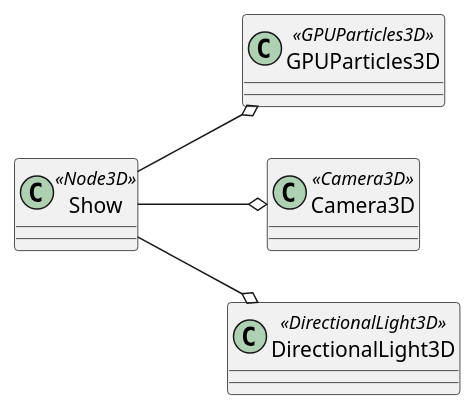
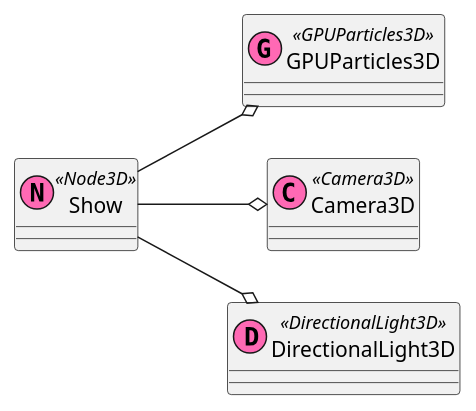
The diagram in content/scenes/src/beginning/screen/snow/snow.tscn.adoc (tkmfujise/Platformer-Game-Learning), drawn with PlantUML before and after one commit. The commit also changed 69 other files, not shown here.

Commit message:
Change scene diagram class color

```diff
--- a/content/scenes/src/beginning/screen/snow/snow.tscn.adoc
+++ b/content/scenes/src/beginning/screen/snow/snow.tscn.adoc
@@ -9,16 +9,16 @@
 [plantuml]
 ....
-class ROOT as "Show" <<Node3D>> {
+class ROOT as "Show" <<(N,hotpink) Node3D>> {
 }
-class GPUParticles3D as "GPUParticles3D" <<GPUParticles3D>> {
+class GPUParticles3D as "GPUParticles3D" <<(G,hotpink) GPUParticles3D>> {
 }
-class Camera3D as "Camera3D" <<Camera3D>> {
+class Camera3D as "Camera3D" <<(C,hotpink) Camera3D>> {
 }
-class DirectionalLight3D as "DirectionalLight3D" <<DirectionalLight3D>> {
+class DirectionalLight3D as "DirectionalLight3D" <<(D,hotpink) DirectionalLight3D>> {
 }
 ROOT --o GPUParticles3D
 ROOT --o Camera3D
 ROOT --o DirectionalLight3D
 left to right direction
 
 ....
```
